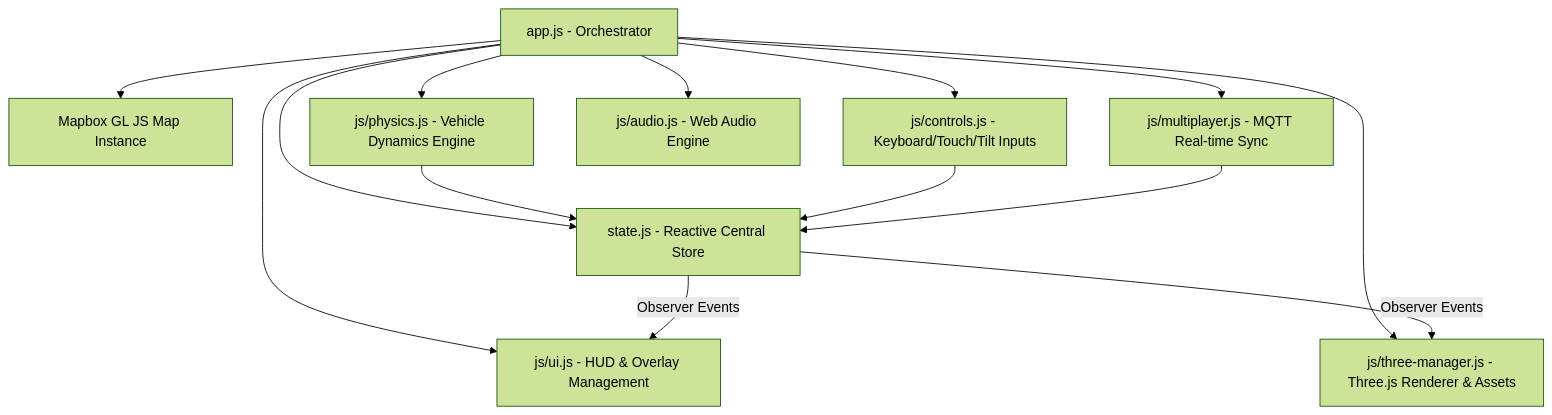
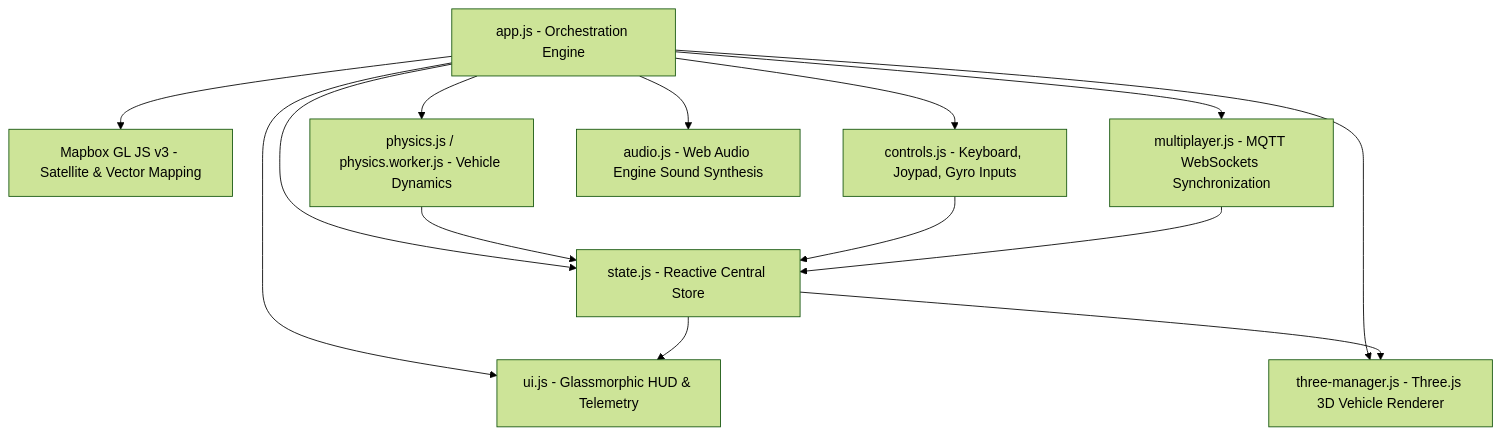
Before and after one commit to milan-petkovski/GEO-Ride: the diagram in README.md, drawn with Mermaid (forest theme). The commit also changed other lines of this file and 32 other files, not shown here.

````diff
--- a/README.md
+++ b/README.md
@@ -73,17 +167,17 @@
 ```mermaid
 flowchart TD
-    App[app.js - Orchestrator] --> State[state.js - Reactive Central Store]
-    App --> Mapbox[Mapbox GL JS Map Instance]
-    App --> ThreeMgr[js/three-manager.js - Three.js Renderer & Assets]
-    App --> Controls[js/controls.js - Keyboard/Touch/Tilt Inputs]
-    App --> UI[js/ui.js - HUD & Overlay Management]
-    App --> Physics[js/physics.js - Vehicle Dynamics Engine]
-    App --> Multiplayer[js/multiplayer.js - MQTT Real-time Sync]
-    App --> Audio[js/audio.js - Web Audio Engine]
+    App[app.js - Orchestration Engine] --> State[state.js - Reactive Central Store]
+    App --> Mapbox[Mapbox GL JS v3 - Satellite & Vector Mapping]
+    App --> ThreeMgr[three-manager.js - Three.js 3D Vehicle Renderer]
+    App --> Controls[controls.js - Keyboard, Joypad, Gyro Inputs]
+    App --> Physics[physics.js / physics.worker.js - Vehicle Dynamics]
+    App --> Multiplayer[multiplayer.js - MQTT WebSockets Synchronization]
+    App --> UI[ui.js - Glassmorphic HUD & Telemetry]
+    App --> Audio[audio.js - Web Audio Engine Sound Synthesis]
 
     Physics --> State
     Controls --> State
     Multiplayer --> State
-    State -- Observer Events --> UI
-    State -- Observer Events --> ThreeMgr
+    State --> UI
+    State --> ThreeMgr
 ```
````
